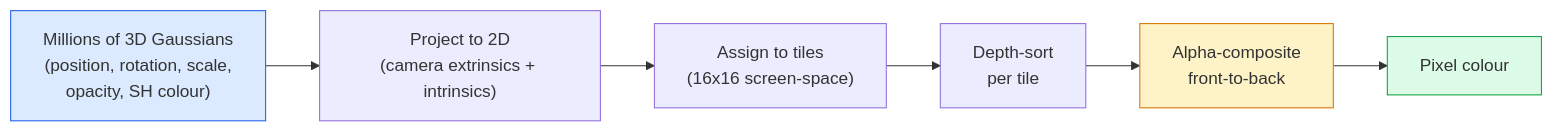
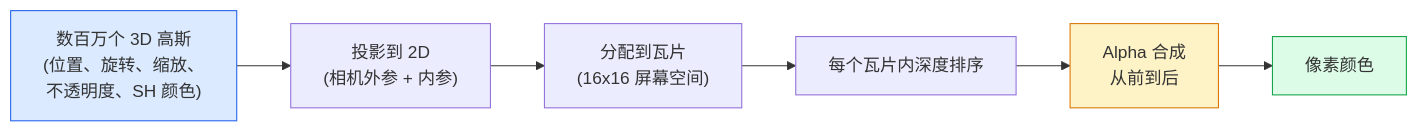
One commit to guangningsun/ailearning changed the diagram in lessons/04-computer-vision/22-3d-gaussian-splatting/docs/zh.md. Above: the diagram before and after it, drawn with Mermaid. The commit also changed other lines of this file and 29 other files, not shown here.

````diff
--- a/lessons/04-computer-vision/22-3d-gaussian-splatting/docs/zh.md
+++ b/lessons/04-computer-vision/22-3d-gaussian-splatting/docs/zh.md
@@ -45,12 +45,12 @@
 ```mermaid
 flowchart LR
-    SCENE["Millions of 3D Gaussians<br/>(position, rotation, scale,<br/>opacity, SH colour)"] --> PROJ["Project to 2D<br/>(camera extrinsics + intrinsics)"]
-    PROJ --> TILES["Assign to tiles<br/>(16x16 screen-space)"]
-    TILES --> SORT["Depth-sort<br/>per tile"]
-    SORT --> ALPHA["Alpha-composite<br/>front-to-back"]
-    ALPHA --> PIX["Pixel colour"]
+    SCENE["数百万个 3D 高斯<br/>(位置、旋转、缩放、<br/>不透明度、SH 颜色)"] --> PROJ["投影到 2D<br/>(相机外参 + 内参)"]
+    PROJ --> TILES["分配到瓦片<br/>(16x16 屏幕空间)"]
+    TILES --> SORT["每个瓦片内深度排序"]
+    SORT --> ALPHA["Alpha 合成<br/>从前到后"]
+    ALPHA --> PIX["像素颜色"]
 
     style SCENE fill:#dbeafe,stroke:#2563eb
     style ALPHA fill:#fef3c7,stroke:#d97706
     style PIX fill:#dcfce7,stroke:#16a34a
 ```
````
